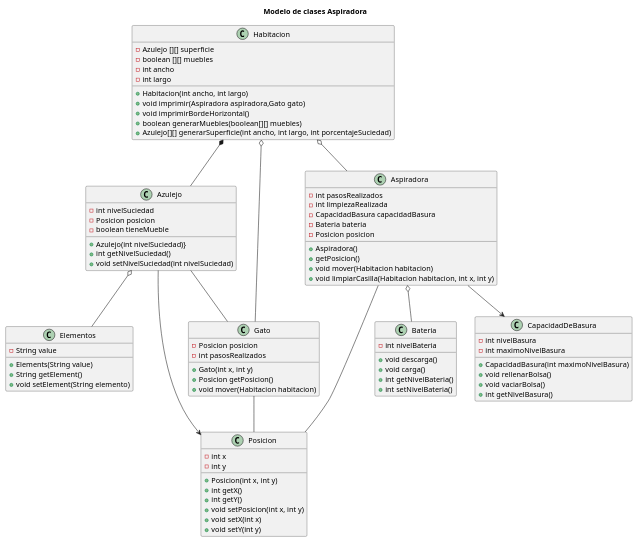
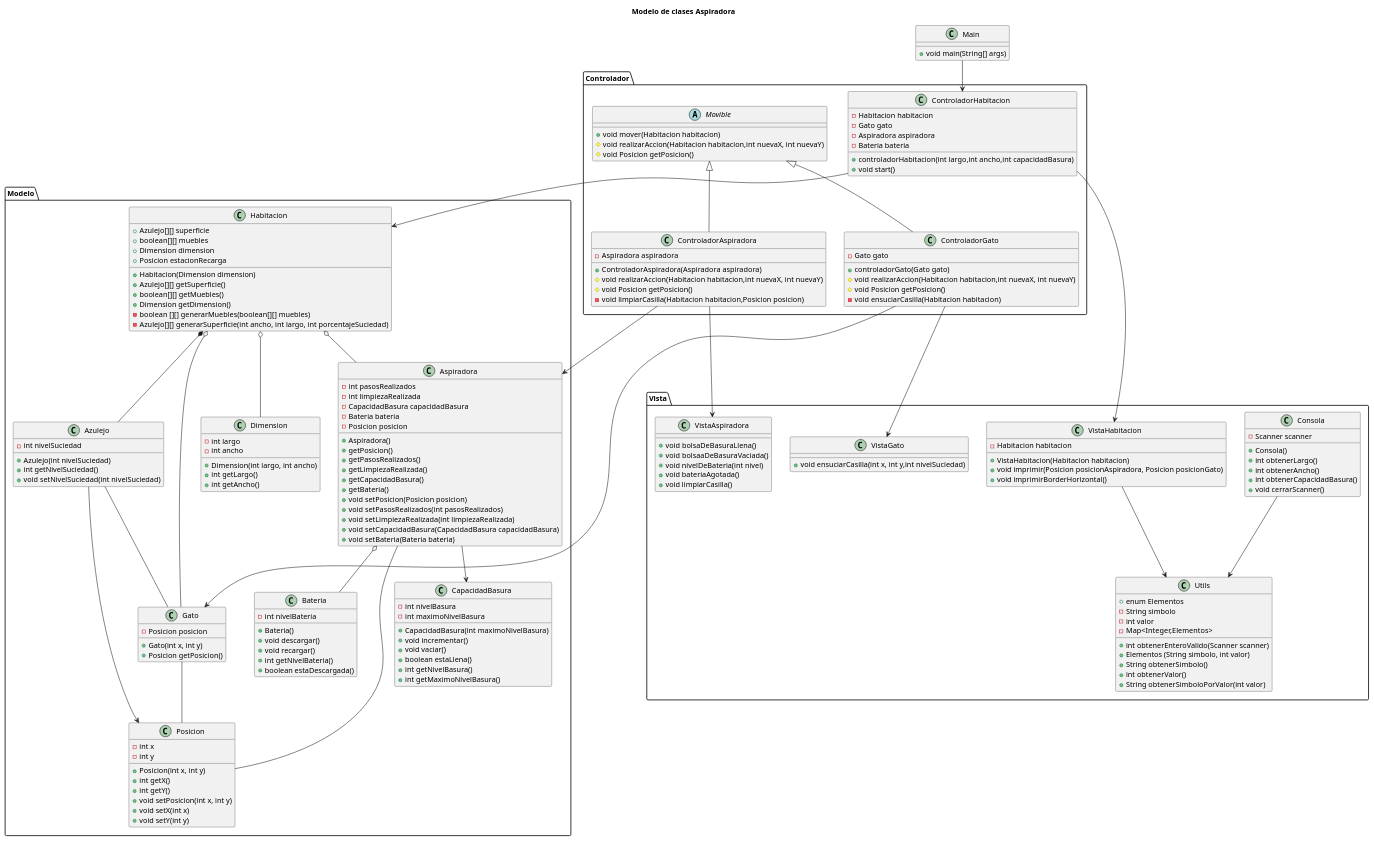
The diagram in modelosUML/DiagramaDeClases.puml (mmasias/23-24-IdSw2-SDD), drawn with PlantUML before and after one commit.

Commit message:
Refactorizando el diagrama de clases,se cambiaron las siguientes cosas: -Añadir la clase de Dimension. -Incluir los paquetes de Modelo,Vista,Controlador con cada clase que los integra. -Crear nuevas relaciones para las clases que van incluidas en los diferentes paquetes creados.

```diff
--- a/modelosUML/DiagramaDeClases.puml
+++ b/modelosUML/DiagramaDeClases.puml
@@ -1,94 +1,176 @@
 @startuml
 
 title Modelo de clases Aspiradora
+package "Controlador"  {	
+   class ControladorAspiradora{
+    -Aspiradora aspiradora
+    +ControladorAspiradora(Aspiradora aspiradora)
+    #void realizarAccion(Habitacion habitacion,int nuevaX, int nuevaY)
+    #void Posicion getPosicion()
+    -void limpiarCasilla(Habitacion habitacion,Posicion posicion)
+   }
+   class ControladorGato{
+    -Gato gato
+    +controladorGato(Gato gato)
+    #void realizarAccion(Habitacion habitacion,int nuevaX, int nuevaY)
+    #void Posicion getPosicion()
+    -void ensuciarCasilla(Habitacion habitacion)
+   }
+   class ControladorHabitacion{
+    -Habitacion habitacion
+    -Gato gato
+    -Aspiradora aspiradora
+    -Bateria bateria
+    +controladorHabitacion(int largo,int ancho,int capacidadBasura)
+    +void start()
+   }
+   abstract class Movible{
+    +void mover(Habitacion habitacion)
+    #void realizarAccion(Habitacion habitacion,int nuevaX, int nuevaY)
+    #void Posicion getPosicion()
+   }
+}
+package "Modelo"  {	
+    class Aspiradora {
+    -int pasosRealizados
+    -int limpiezaRealizada
+    -CapacidadBasura capacidadBasura
+    -Bateria bateria
+    -Posicion posicion
+    +Aspiradora()
+    +getPosicion()
+    +getPasosRealizados()
+    +getLimpiezaRealizada()
+    +getCapacidadBasura()
+    +getBateria()
+    +void setPosicion(Posicion posicion)
+    +void setPasosRealizados(int pasosRealizados)
+    +void setLimpiezaRealizada(int limpiezaRealizada)
+    +void setCapacidadBasura(CapacidadBasura capacidadBasura)
+    +void setBateria(Bateria bateria)
+    }
+    class Azulejo {
+    -int nivelSuciedad
+    +Azulejo(int nivelSuciedad)
+    +int getNivelSuciedad()
+    +void setNivelSuciedad(int nivelSuciedad)
+    }
+    class Bateria {
+    -int nivelBateria
+    +Bateria()
+    +void descargar()
+    +void recargar()
+    +int getNivelBateria()
+    +boolean estaDescargada()
+    }
+    class CapacidadBasura {
+    -int nivelBasura
+    -int maximoNivelBasura
+    +CapacidadBasura(int maximoNivelBasura)
+    +void incrementar()
+    +void vaciar()
+    +boolean estaLlena()
+    +int getNivelBasura()
+    +int getMaximoNivelBasura()
+    }
+    class Dimension {
+    -int largo 
+    -int ancho
+    +Dimension(int largo, int ancho)
+    +int getLargo()
+    +int getAncho()
+    }
+    class Gato {
+    -Posicion posicion
+    +Gato(int x, int y)
+    +Posicion getPosicion()
+    }
+    class Habitacion {
+    +Azulejo[][] superficie
+    +boolean[][] muebles
+    +Dimension dimension
+    +Posicion estacionRecarga
+    +Habitacion(Dimension dimension)
+    +Azulejo[][] getSuperficie()
+    +boolean[][] getMuebles()
+    +Dimension getDimension()
+    -boolean [][] generarMuebles(boolean[][] muebles)
+    -Azulejo[][] generarSuperficie(int ancho, int largo, int porcentajeSuciedad)
+    }
+    class Posicion {
+    -int x
+    -int y
+    +Posicion(int x, int y)
+    +int getX()
+    +int getY()
+    +void setPosicion(int x, int y)
+    +void setX(int x)
+    +void setY(int y)
+    }
 
-class Habitacion { 
--Azulejo [][] superficie
--boolean [][] muebles
--int ancho
--int largo 
-+Habitacion(int ancho, int largo)
-+void imprimir(Aspiradora aspiradora,Gato gato)
-+void imprimirBordeHorizontal()
-+boolean generarMuebles(boolean[][] muebles)	
-+Azulejo[][] generarSuperficie(int ancho, int largo, int porcentajeSuciedad)
 }
+package "Vista"  {	
+   class Consola{
+    -Scanner scanner
+    +Consola()
+    +int obtenerLargo()
+    +int obtenerAncho()
+    +int obtenerCapacidadBasura()
+    +void cerrarScanner()
+   }
+   class Utils{
+    +int obtenerEnteroValido(Scanner scanner)
+    +enum Elementos
+    -String simbolo 
+    -int valor 
+    -Map<Integer,Elementos>
+    +Elementos (String simbolo, int valor)
+    +String obtenerSimbolo()
+    +int obtenerValor()
+    +String obtenerSimboloPorValor(int valor)
+}
+    class VistaAspiradora{
+    +void bolsaDeBasuraLlena()
+    +void bolsaaDeBasuraVaciada()
+    +void nivelDeBateria(int nivel)
+    +void bateriaAgotada()
+    +void limpiarCasilla()
+    }
+    class VistaGato{
+    +void ensuciarCasilla(int x, int y,int nivelSuciedad)
+    }
+    class VistaHabitacion{
+    -Habitacion habitacion
+    +VistaHabitacion(Habitacion habitacion)
+    +void imprimir(Posicion posicionAspiradora, Posicion posicionGato)
+    +void imprimirBorderHorizontal()
+    }
 
-Class Azulejo {  
--int nivelSuciedad
--Posicion posicion
--boolean tieneMueble
-+Azulejo(int nivelSuciedad)}
-+int getNivelSuciedad()
-+void setNivelSuciedad(int nivelSuciedad)
 }
-
-class Aspiradora { 
--int pasosRealizados
--int limpiezaRealizada
--CapacidadBasura capacidadBasura
--Bateria bateria
--Posicion posicion
-+Aspiradora()
-+getPosicion()
-+void mover(Habitacion habitacion)
-+void limpiarCasilla(Habitacion habitacion, int x, int y)
+class Main {
+    +void main(String[] args)
 }
-
-class Elementos  { 
--String value
-+Elements(String value)
-+String getElement()
-+void setElement(String elemento)
-}
-
-class Gato { 
--Posicion posicion
--int pasosRealizados
-+Gato(int x, int y)
-+Posicion getPosicion()
-+void mover(Habitacion habitacion)
-}
-
-class Posicion { 
--int x
--int y
-+Posicion(int x, int y)
-+int getX()
-+int getY()
-+void setPosicion(int x, int y)
-+void setX(int x)
-+void setY(int y)
-}
-
-class Bateria { 
--int nivelBateria
-+void descarga()
-+void carga()
-+int getNivelBateria()
-+int setNivelBateria()
-}	
-class CapacidadDeBasura { 
--int nivelBasura
--int maximoNivelBasura
-+CapacidadBasura(int maximoNivelBasura)
-+void rellenarBolsa()
-+void vaciarBolsa()
-+int getNivelBasura()
-}	
-
-
-
+Main --> ControladorHabitacion
 Habitacion *-- Azulejo
 Habitacion o-- Aspiradora
 Habitacion o-- Gato
+Habitacion o-- Dimension
 Gato--Posicion
-Azulejo o--Elementos 
 Azulejo -- Gato
 Azulejo --> Posicion
 Aspiradora -- Posicion
 Aspiradora o-- Bateria
-Aspiradora --> CapacidadDeBasura
+Aspiradora --> CapacidadBasura
+ControladorAspiradora --> Aspiradora
+ControladorGato --> Gato
+ControladorHabitacion --> Habitacion
+Movible <|-- ControladorAspiradora
+Movible <|-- ControladorGato
+ControladorHabitacion --> VistaHabitacion
+ControladorAspiradora --> VistaAspiradora
+ControladorGato --> VistaGato
+Consola --> Utils
+VistaHabitacion --> Utils
 
 
 @enduml
```
